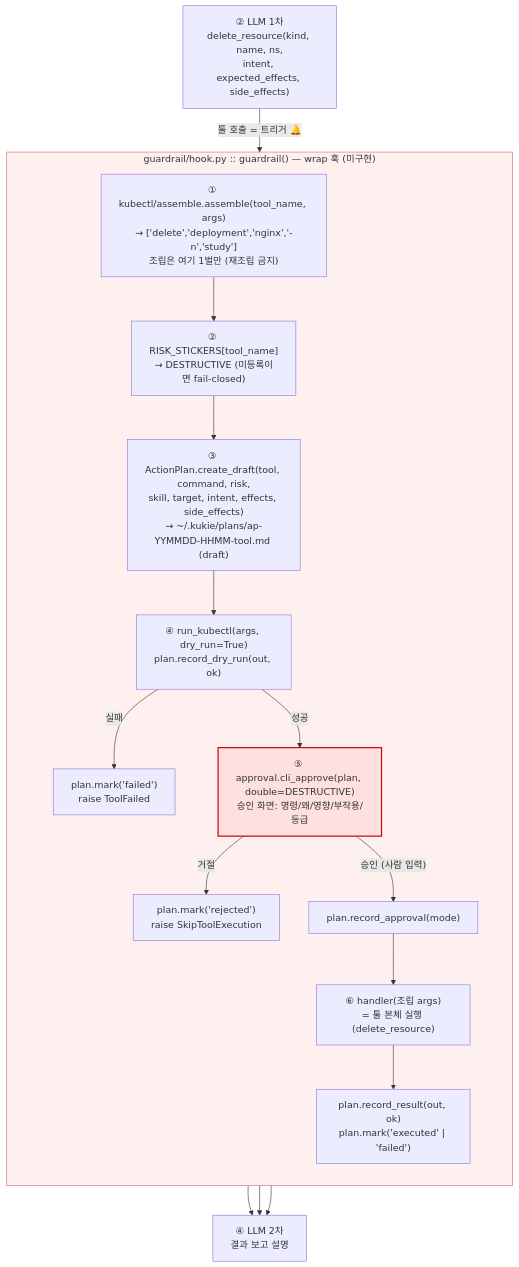
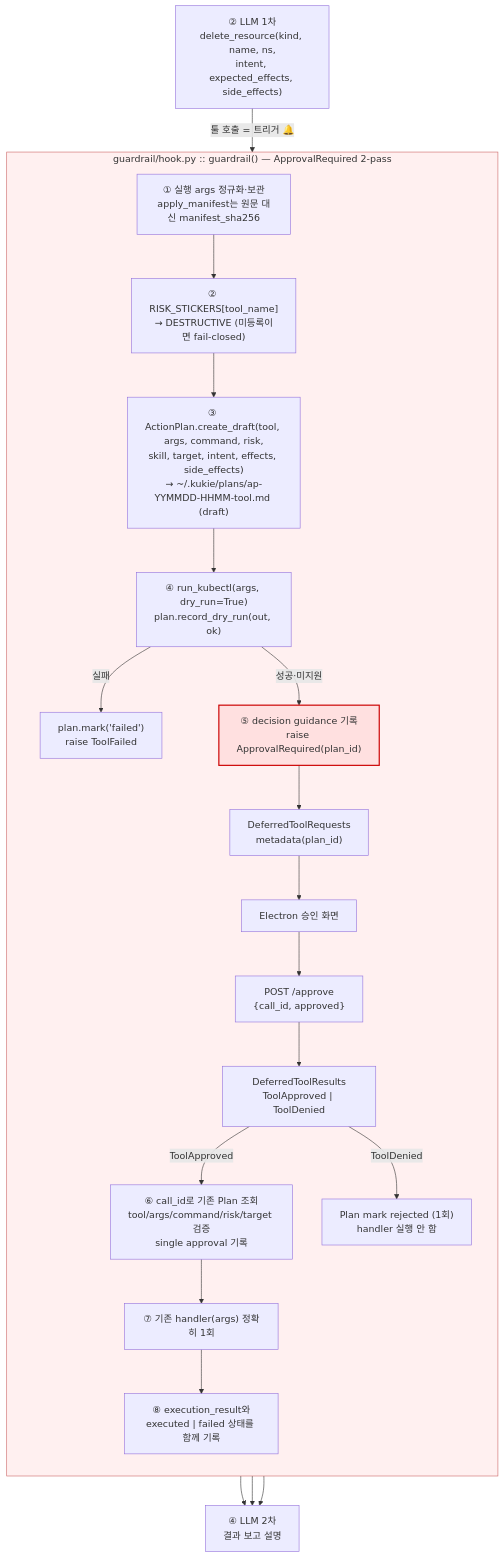
The second of 3 diagrams in docs/agent-flow.md (durokukie/agent), drawn with Mermaid before and after one commit. The commit also changed other lines of this file and 3 other files, not shown here.

Commit message:
docs: remove legacy cli approval flow

````diff
--- a/docs/agent-flow.md
+++ b/docs/agent-flow.md
@@ -51,26 +51,30 @@
 ```mermaid
 flowchart TD
     L1["② LLM 1차<br/>delete_resource(kind, name, ns,<br/>intent, expected_effects, side_effects)"]
     L1 -->|"툴 호출 = 트리거 🔔"| H
 
-    subgraph H["guardrail/hook.py :: guardrail() — wrap 훅 (미구현)"]
+    subgraph H["guardrail/hook.py :: guardrail() — ApprovalRequired 2-pass"]
         direction TB
-        H1["① kubectl/assemble.assemble(tool_name, args)<br/>→ ['delete','deployment','nginx','-n','study']<br/>조립은 여기 1벌만 (재조립 금지)"]
+        H1["① 실행 args 정규화·보관<br/>apply_manifest는 원문 대신 manifest_sha256"]
         H1 --> H2["② RISK_STICKERS[tool_name]<br/>→ DESTRUCTIVE (미등록이면 fail-closed)"]
-        H2 --> H3["③ ActionPlan.create_draft(tool, command, risk,<br/>skill, target, intent, effects, side_effects)<br/>→ ~/.kukie/plans/ap-YYMMDD-HHMM-tool.md (draft)"]
+        H2 --> H3["③ ActionPlan.create_draft(tool, args, command, risk,<br/>skill, target, intent, effects, side_effects)<br/>→ ~/.kukie/plans/ap-YYMMDD-HHMM-tool.md (draft)"]
         H3 --> H4["④ run_kubectl(args, dry_run=True)<br/>plan.record_dry_run(out, ok)"]
         H4 -->|"실패"| H4F["plan.mark('failed')<br/>raise ToolFailed"]
-        H4 -->|"성공"| H5["⑤ approval.cli_approve(plan, double=DESTRUCTIVE)<br/>승인 화면: 명령/왜/영향/부작용/등급"]
-        H5 -->|"거절"| H5R["plan.mark('rejected')<br/>raise SkipToolExecution"]
-        H5 -->|"승인 (사람 입력)"| H5A["plan.record_approval(mode)"]
-        H5A --> H6["⑥ handler(조립 args)<br/>= 툴 본체 실행 (delete_resource)"]
-        H6 --> H7["plan.record_result(out, ok)<br/>plan.mark('executed' | 'failed')"]
+        H4 -->|"성공·미지원"| H5["⑤ decision guidance 기록<br/>raise ApprovalRequired(plan_id)"]
+        H5 --> P["DeferredToolRequests<br/>metadata(plan_id)"]
+        P --> E["Electron 승인 화면"]
+        E --> A["POST /approve<br/>{call_id, approved}"]
+        A --> D["DeferredToolResults<br/>ToolApproved | ToolDenied"]
+        D -->|"ToolApproved"| H5A["⑥ call_id로 기존 Plan 조회<br/>tool/args/command/risk/target 검증<br/>single approval 기록"]
+        D -->|"ToolDenied"| H5R["Plan mark rejected (1회)<br/>handler 실행 안 함"]
+        H5A --> H6["⑦ 기존 handler(args) 정확히 1회"]
+        H6 --> H7["⑧ execution_result와<br/>executed | failed 상태를 함께 기록"]
     end
 
     H7 --> L2["④ LLM 2차<br/>결과 보고 설명"]
     H4F --> L2
     H5R --> L2
 
     style H fill:#fff0f0,stroke:#c66
     style H5 fill:#ffe0e0,stroke:#c00,stroke-width:2px
 ```
````
